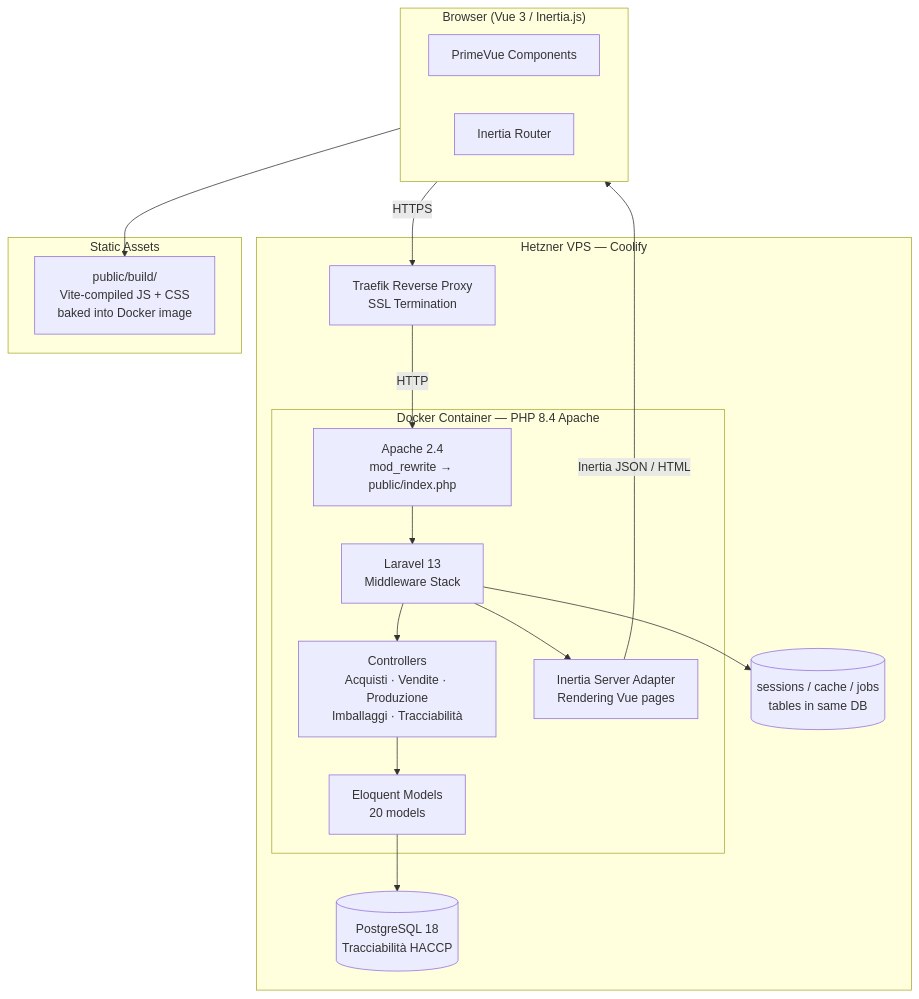
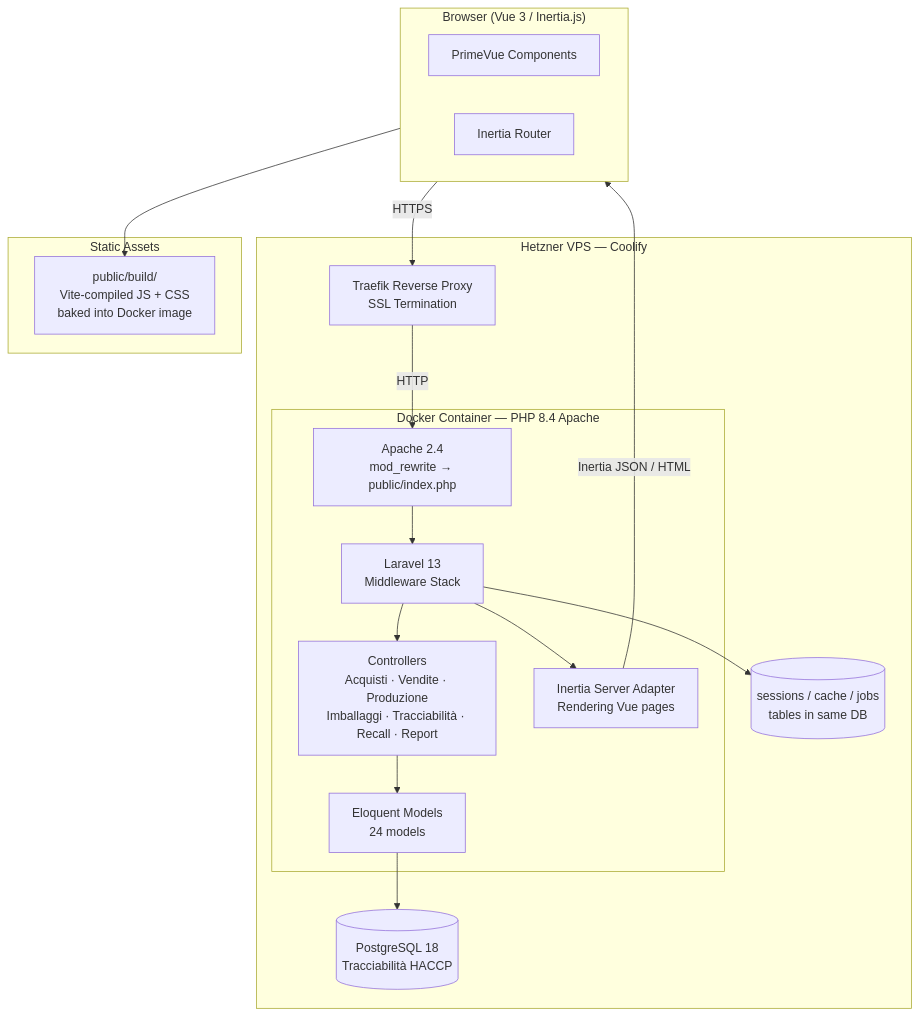
The first of 3 diagrams in docs/ARCHITECTURE.md (kristi2002/Marche-Food), drawn with Mermaid before and after one commit. The commit also changed other lines of this file and 5 other files, not shown here.

````diff
--- a/docs/ARCHITECTURE.md
+++ b/docs/ARCHITECTURE.md
@@ -29,37 +29,37 @@
 ```mermaid
 flowchart TB
     subgraph Browser["Browser (Vue 3 / Inertia.js)"]
         UI[PrimeVue Components]
         Inertia[Inertia Router]
     end
 
     subgraph Coolify["Hetzner VPS — Coolify"]
         Proxy[Traefik Reverse Proxy\nSSL Termination]
 
         subgraph Container["Docker Container — PHP 8.4 Apache"]
             Apache[Apache 2.4\nmod_rewrite → public/index.php]
             Laravel[Laravel 13\nMiddleware Stack]
-            Controllers[Controllers\nAcquisti · Vendite · Produzione\nImballaggi · Tracciabilità]
-            Models[Eloquent Models\n20 models]
+            Controllers[Controllers\nAcquisti · Vendite · Produzione\nImballaggi · Tracciabilità · Recall · Report]
+            Models[Eloquent Models\n24 models]
             Inertia_Server[Inertia Server Adapter\nRendering Vue pages]
         end
 
         DB[(PostgreSQL 18\nTracciabilità HACCP)]
         DBSessions[(sessions / cache / jobs\ntables in same DB)]
     end
 
     subgraph Assets["Static Assets"]
         Build[public/build/\nVite-compiled JS + CSS\nbaked into Docker image]
     end
 
     Browser -->|HTTPS| Proxy
     Proxy -->|HTTP| Apache
     Apache --> Laravel
     Laravel --> Controllers
     Controllers --> Models
     Models --> DB
     Laravel --> DBSessions
     Laravel --> Inertia_Server
     Inertia_Server -->|Inertia JSON / HTML| Browser
     Browser --> Build
 ```
````
